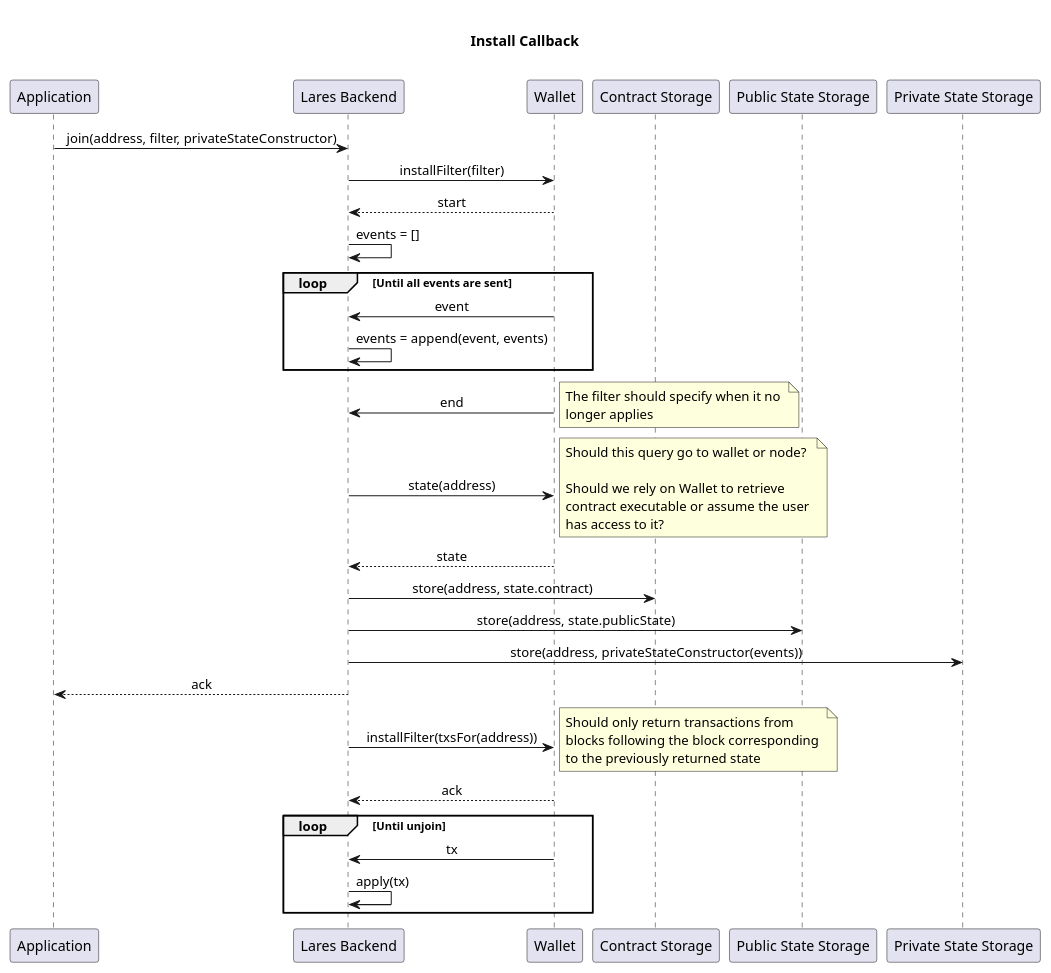
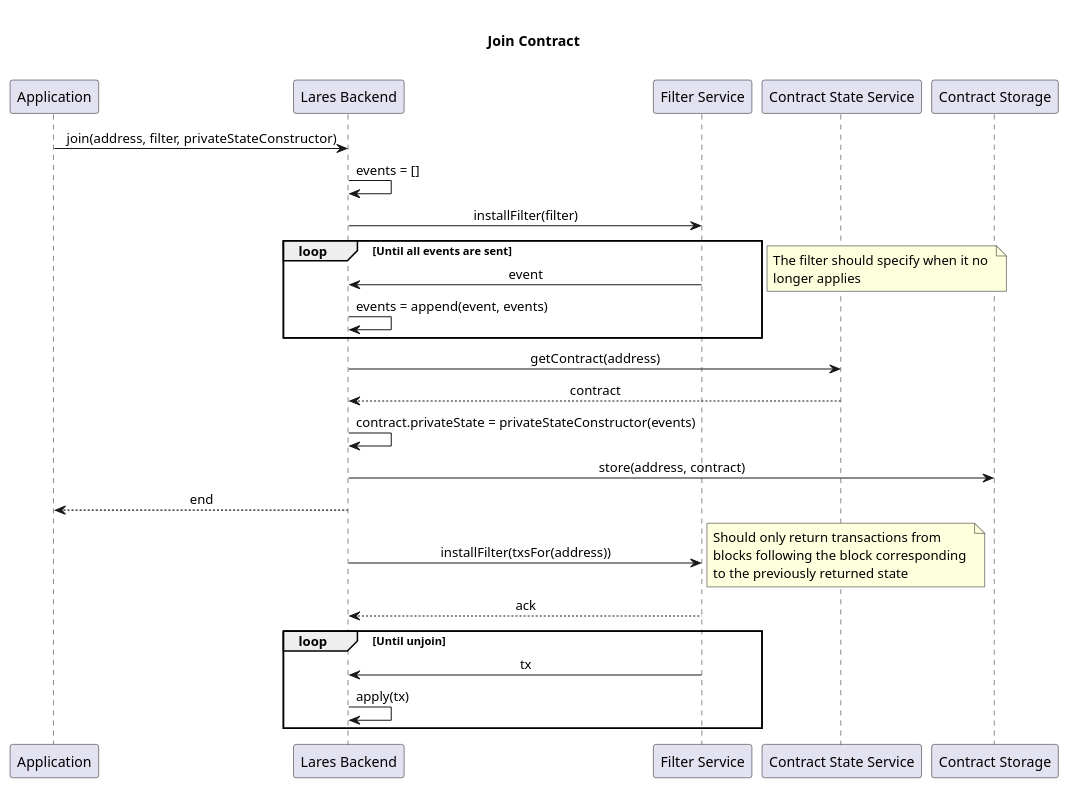
One commit to midnightntwrk/midnight-architecture changed the diagram in components/lares/LaresBackend/lb_join.puml. Above: the diagram before and after it, drawn with PlantUML. The commit also changed other lines of this file and 11 other files, not shown here.

```diff
--- a/components/lares/LaresBackend/lb_join.puml
+++ b/components/lares/LaresBackend/lb_join.puml
@@ -1,48 +1,38 @@
-@startuml Lares Backend Join
+@startuml Join Contract
 
 skinparam SequenceMessageAlignment center
 
 title
 
-  Install Callback
+  Join Contract
 
 end title
 
 "Application" -> "Lares Backend" : join(address, filter, privateStateConstructor)
-"Lares Backend" -> "Wallet" : installFilter(filter)
-"Wallet" --> "Lares Backend" : start
 "Lares Backend" -> "Lares Backend" : events = []
+"Lares Backend" -> "Filter Service" : installFilter(filter)
 loop Until all events are sent
-  "Wallet" -> "Lares Backend" : event
+  "Filter Service" -> "Lares Backend" : event
   "Lares Backend" -> "Lares Backend" : events = append(event, events)
 end
-"Wallet" -> "Lares Backend" : end
 note right
 The filter should specify when it no 
 longer applies
 end note
-"Lares Backend" -> "Wallet" : state(address)
-note right
-Should this query go to wallet or node?
-
-Should we rely on Wallet to retrieve 
-contract executable or assume the user 
-has access to it?
-end note
-"Wallet" --> "Lares Backend" : state
-"Lares Backend" -> "Contract Storage" : store(address, state.contract)
-"Lares Backend" -> "Public State Storage" : store(address, state.publicState)
-"Lares Backend" -> "Private State Storage" : store(address, privateStateConstructor(events))
-"Lares Backend" --> "Application" : ack
-"Lares Backend" -> "Wallet" : installFilter(txsFor(address))
+"Lares Backend" -> "Contract State Service" : getContract(address)
+"Contract State Service" --> "Lares Backend" : contract
+"Lares Backend" -> "Lares Backend": contract.privateState = privateStateConstructor(events)
+"Lares Backend" -> "Contract Storage" : store(address, contract)
+"Lares Backend" --> "Application" : end
+"Lares Backend" -> "Filter Service" : installFilter(txsFor(address))
 note right
 Should only return transactions from 
 blocks following the block corresponding 
 to the previously returned state
 end note
-"Wallet" --> "Lares Backend" : ack
+"Filter Service" --> "Lares Backend" : ack
 loop Until unjoin
-  "Wallet" -> "Lares Backend" : tx
+  "Filter Service" -> "Lares Backend" : tx
   "Lares Backend" -> "Lares Backend" : apply(tx)
 end
 @enduml
```
